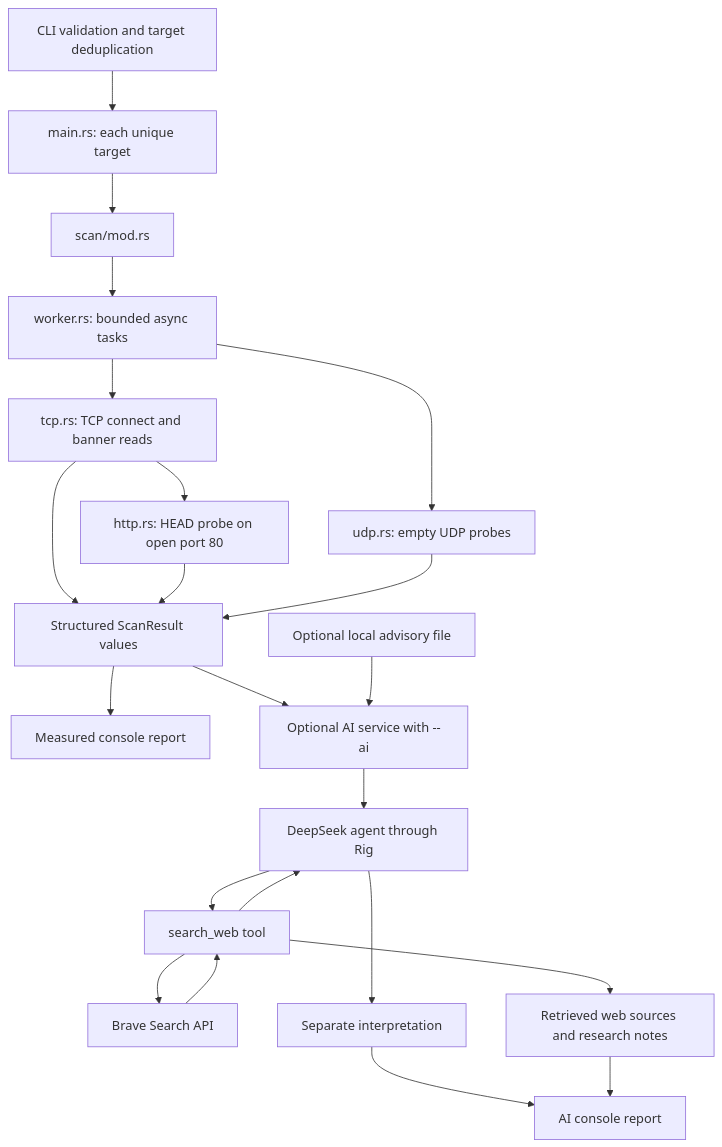
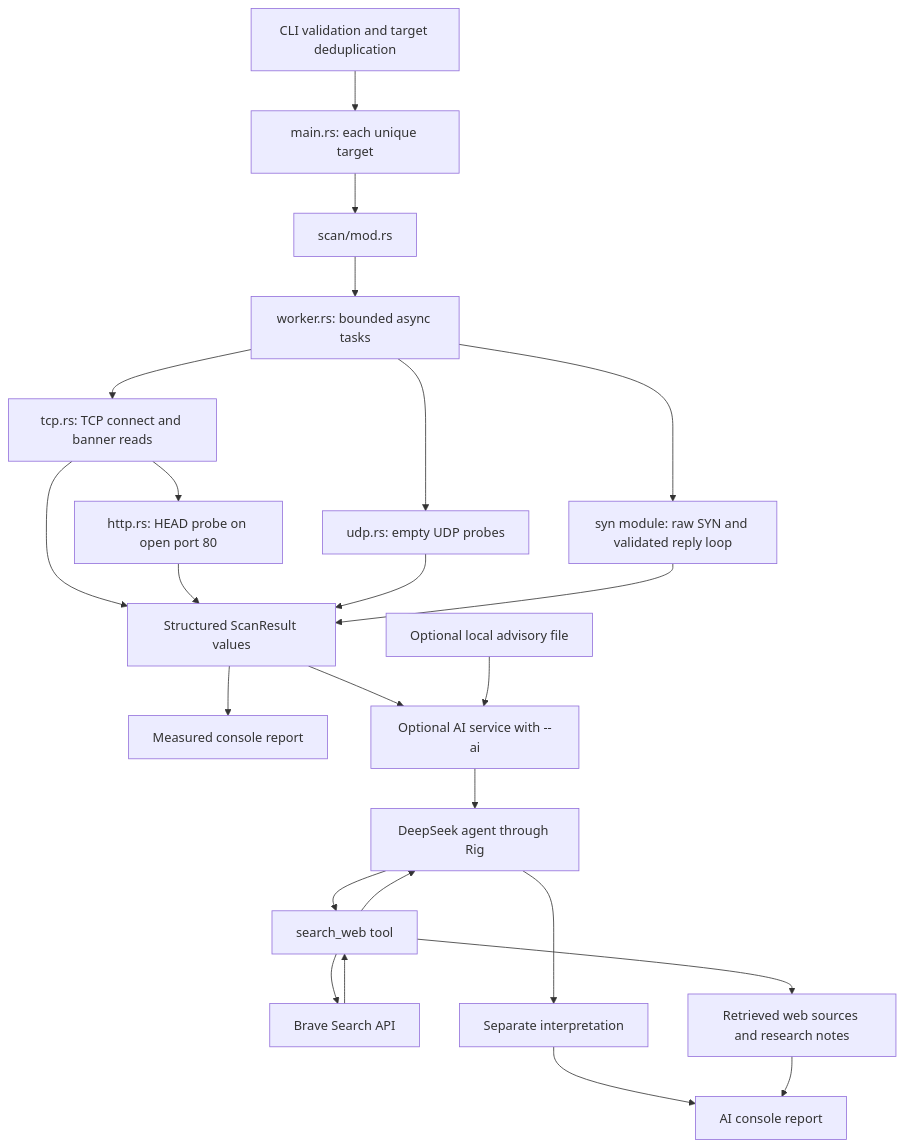
The diagram in docs/architecture.md (frankye961/rmap), drawn with Mermaid before and after one commit. The commit also changed other lines of this file and 25 other files, not shown here.

````diff
--- a/docs/architecture.md
+++ b/docs/architecture.md
@@ -7,24 +7,26 @@
 ```mermaid
 flowchart TD
     CLI[CLI validation and target deduplication] --> Hosts[main.rs: each unique target]
     Hosts --> Entry[scan/mod.rs]
     Entry --> Pool[worker.rs: bounded async tasks]
     Pool --> TCP[tcp.rs: TCP connect and banner reads]
     Pool --> UDP[udp.rs: empty UDP probes]
+    Pool --> SYN[syn module: raw SYN and validated reply loop]
     TCP --> HTTP[http.rs: HEAD probe on open port 80]
     TCP --> Results[Structured ScanResult values]
     HTTP --> Results
     UDP --> Results
+    SYN --> Results
     Results --> Report[Measured console report]
     Results --> AI[Optional AI service with --ai]
     Local[Optional local advisory file] --> AI
     AI --> Agent[DeepSeek agent through Rig]
     Agent --> Search[search_web tool]
     Search --> Brave[Brave Search API]
     Brave --> Search
     Search --> Agent
     Agent --> Analysis[Separate interpretation]
     Search --> Evidence[Retrieved web sources and research notes]
     Analysis --> AIReport[AI console report]
     Evidence --> AIReport
 ```
````
